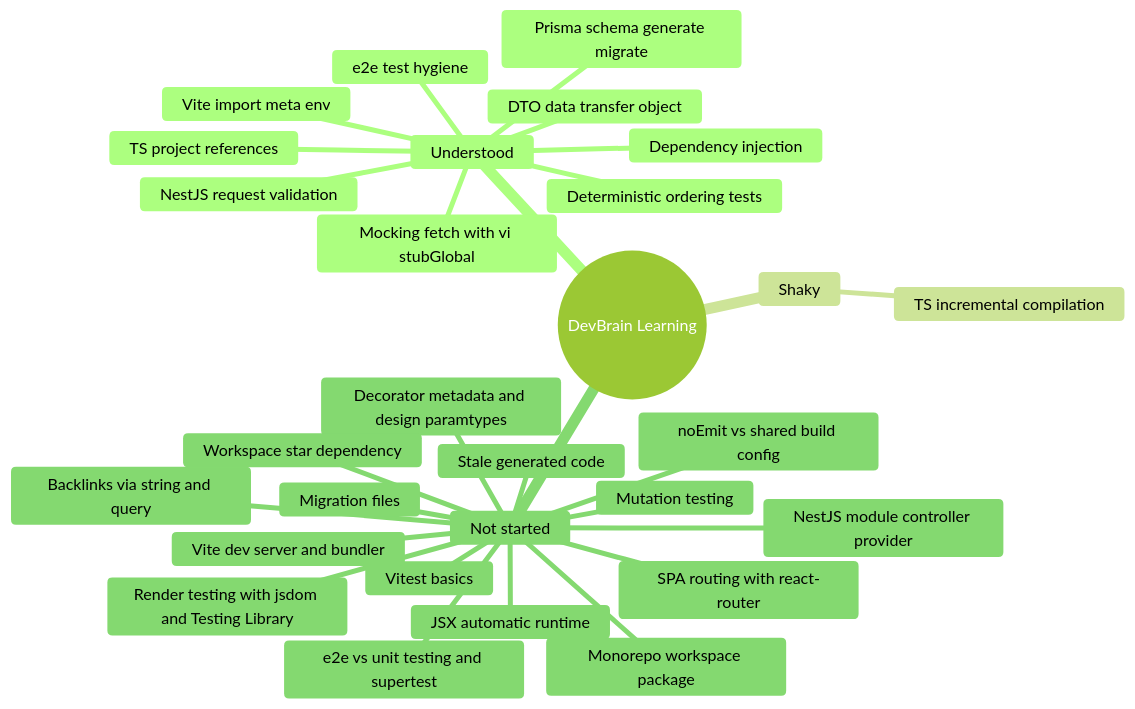
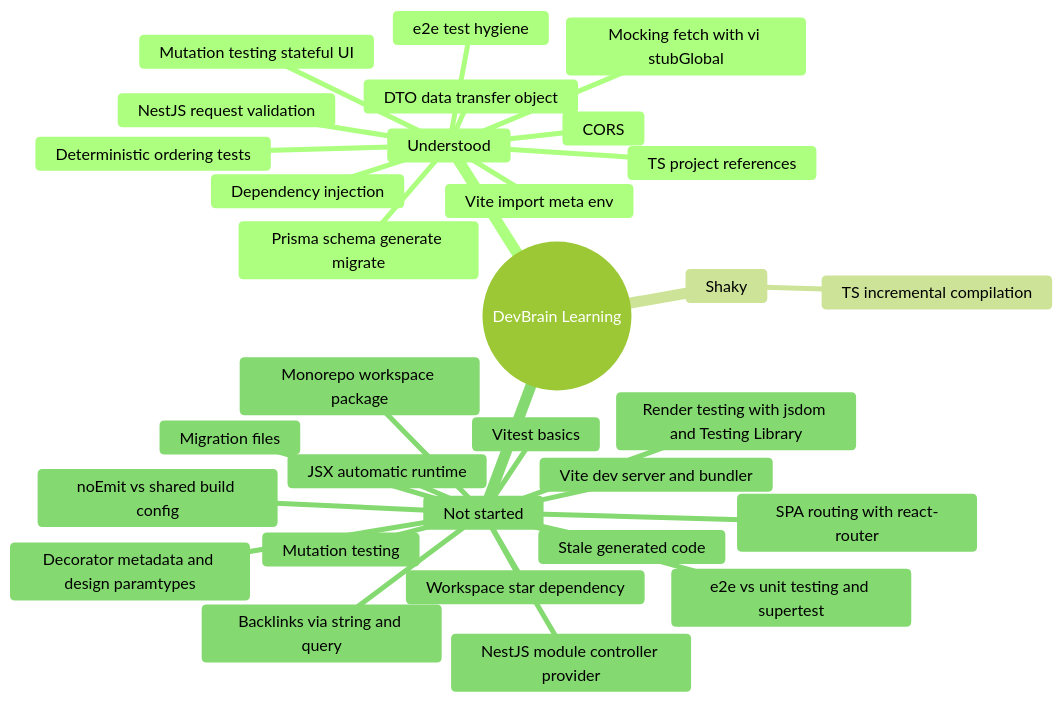
One commit to Phonghigh/DevBrain changed the diagram in docs/LEARNING_LOG.md. Above: the diagram before and after it, drawn with Mermaid (forest theme). The commit also changed other lines of this file and 10 other files, not shown here.

````diff
--- a/docs/LEARNING_LOG.md
+++ b/docs/LEARNING_LOG.md
@@ -47,32 +49,34 @@
 ```mermaid
 mindmap
   root((DevBrain Learning))
     Understood
       Dependency injection
       Prisma schema generate migrate
       TS project references
       DTO data transfer object
       NestJS request validation
       e2e test hygiene
       Deterministic ordering tests
       Vite import meta env
       Mocking fetch with vi stubGlobal
+      CORS
+      Mutation testing stateful UI
     Shaky
       TS incremental compilation
     Not started
       Monorepo workspace package
       Vitest basics
       NestJS module controller provider
       Vite dev server and bundler
       SPA routing with react-router
       JSX automatic runtime
       e2e vs unit testing and supertest
       Decorator metadata and design paramtypes
       Render testing with jsdom and Testing Library
       Mutation testing
       Backlinks via string and query
       Migration files
       Stale generated code
       Workspace star dependency
       noEmit vs shared build config
 ```
````
